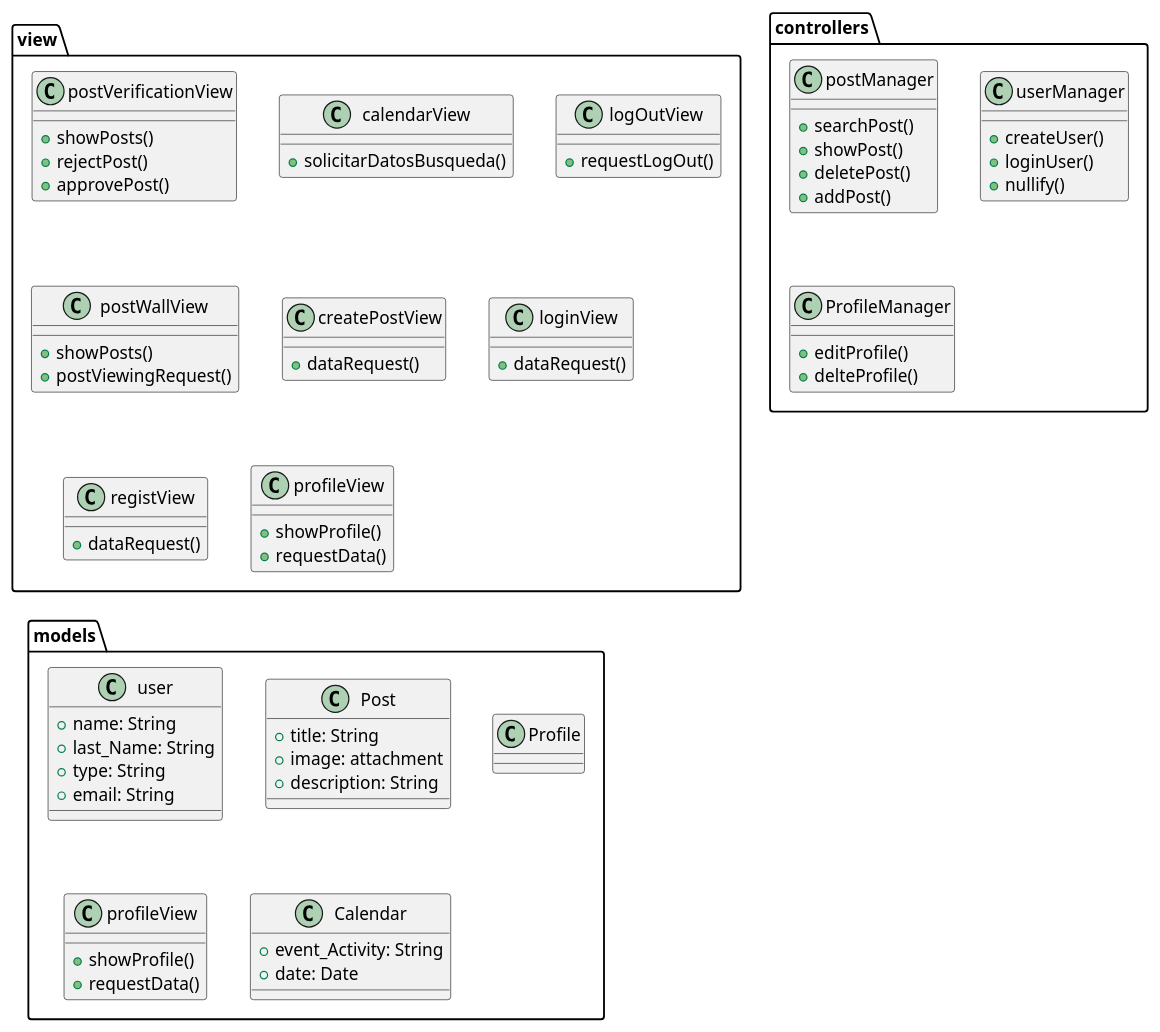
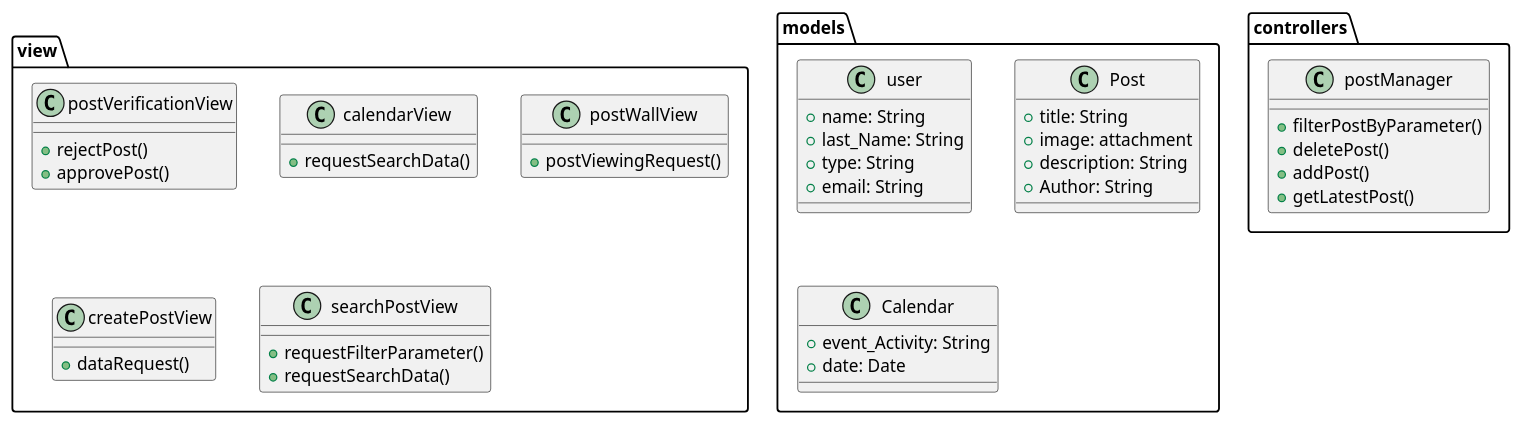
Before and after one commit to Dayannis-07/ING_SOFT: the diagram in docs/scenariosView/packageDiagramDescreption.plantuml, drawn with PlantUML.

Commit message:
package Diagram corrections

```diff
--- a/docs/scenariosView/packageDiagramDescreption.plantuml
+++ b/docs/scenariosView/packageDiagramDescreption.plantuml
@@ -1,79 +1,56 @@
 @startuml packageDiagramDescription
 
 allowmixing
 
 package view <<Folder>> {
     class postVerificationView{
-        +showPosts()
         +rejectPost()
         +approvePost()
     }
     class calendarView{
-        +solicitarDatosBusqueda()
+        +requestSearchData()
     }
 
-    class logOutView{
-        +requestLogOut()
-    }
     class postWallView{
-        +showPosts()
         +postViewingRequest()
     }
     class createPostView{
         +dataRequest()
     }
-    class loginView{
-        +dataRequest()
-    }
-    class registView{
-        +dataRequest()
-    }
-    class profileView{
-        +showProfile()
-        +requestData()
+    class searchPostView{
+  +requestFilterParameter()
+  +requestSearchData()
     }
 }
+   
 
 package controllers <<Folder>> {
     class postManager{
-        +searchPost()
-        +showPost()
-        +deletePost()
-        +addPost()
-    }
-    class userManager{
-        +createUser()
-        +loginUser()
-        +nullify()
-    }
-    class ProfileManager{
-        +editProfile()
-        +delteProfile()
-    }
++filterPostByParameter()
++deletePost()
++addPost()
++ getLatestPost()
+}
 }
 
 package models <<Folder>> {
     class user{
         +name: String
         +last_Name: String
         +type: String
         +email: String
     }
     class Post{
         +title: String
         +image: attachment
         +description: String
-    }
-    class Profile{}
-    class profileView{
-        +showProfile()
-        +requestData()
+        + Author: String
     }
     class Calendar{
         +event_Activity: String
         +date: Date
     }
 }
 
 
 @enduml
```
